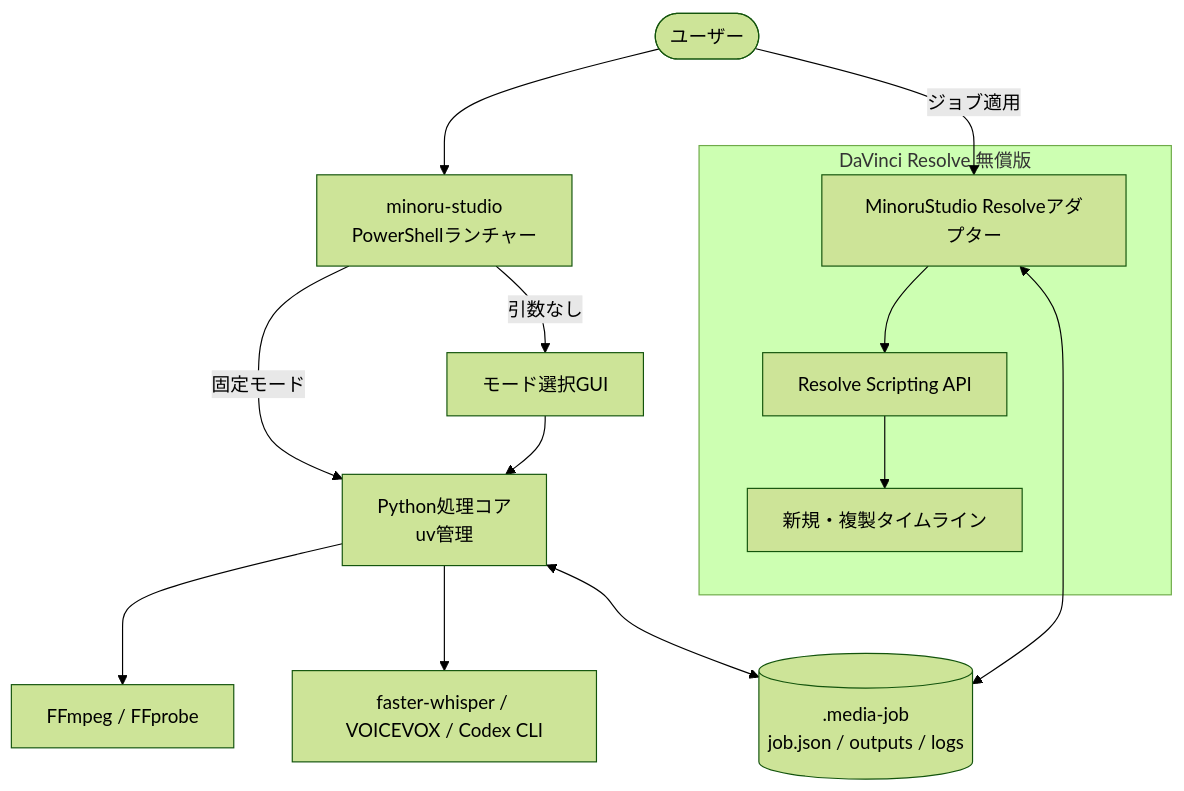
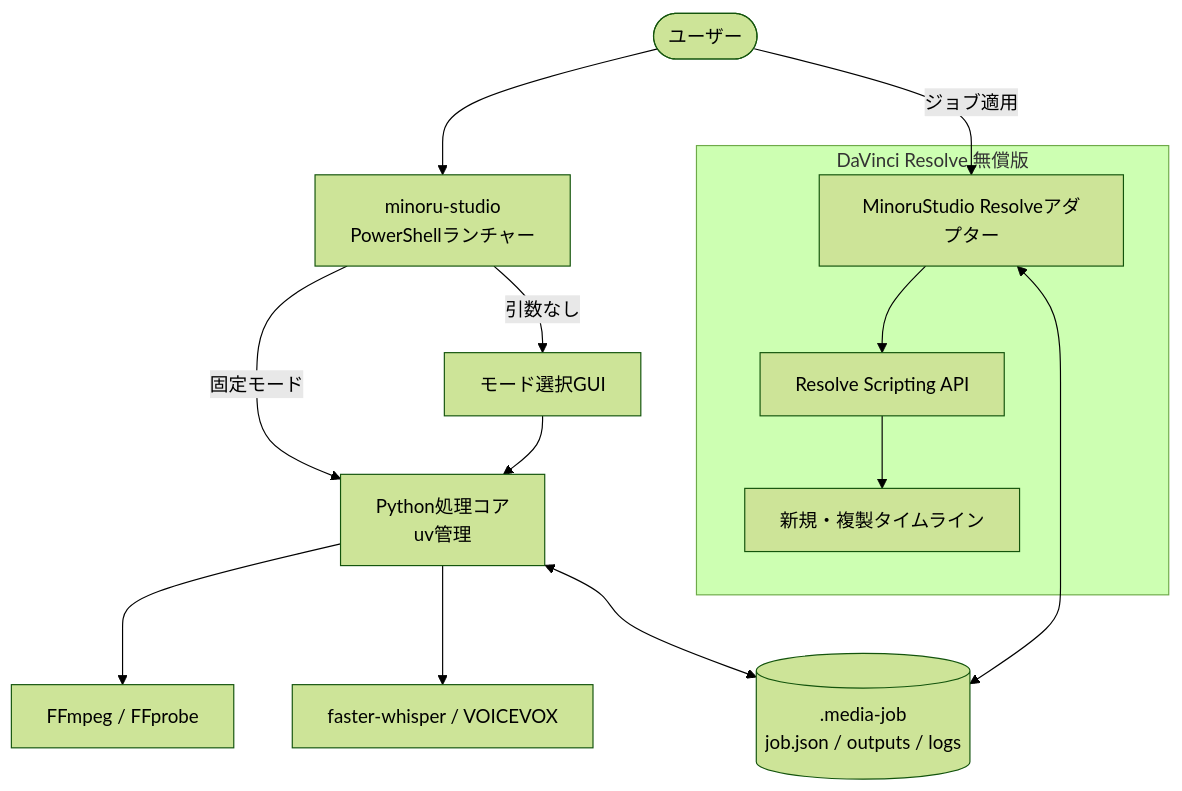
One commit to minoru365/MinoruDouga changed the diagram in docs/media-automation-design.md. Above: the diagram before and after it, drawn with Mermaid (forest theme). The commit also changed other lines of this file and 3 other files, not shown here.

Commit message:
docs: remove repo demo roadmap

````diff
--- a/docs/media-automation-design.md
+++ b/docs/media-automation-design.md
@@ -61,28 +59,28 @@
 ```mermaid
 flowchart TB
     user([ユーザー])
     launcher["minoru-studio<br/>PowerShellランチャー"]
     gui["モード選択GUI"]
     core["Python処理コア<br/>uv管理"]
     ffmpeg["FFmpeg / FFprobe"]
-    providers["faster-whisper / VOICEVOX / Codex CLI"]
+    providers["faster-whisper / VOICEVOX"]
     job[(".media-job<br/>job.json / outputs / logs")]
 
     subgraph resolve["DaVinci Resolve 無償版"]
         adapter["MinoruStudio Resolveアダプター"]
         api["Resolve Scripting API"]
         timeline["新規・複製タイムライン"]
     end
 
     user --> launcher
     launcher -->|引数なし| gui
     launcher -->|固定モード| core
     gui --> core
     core --> ffmpeg
     core --> providers
     core <--> job
     user -->|ジョブ適用| adapter
     adapter <--> job
     adapter --> api
     api --> timeline
 ```
````
